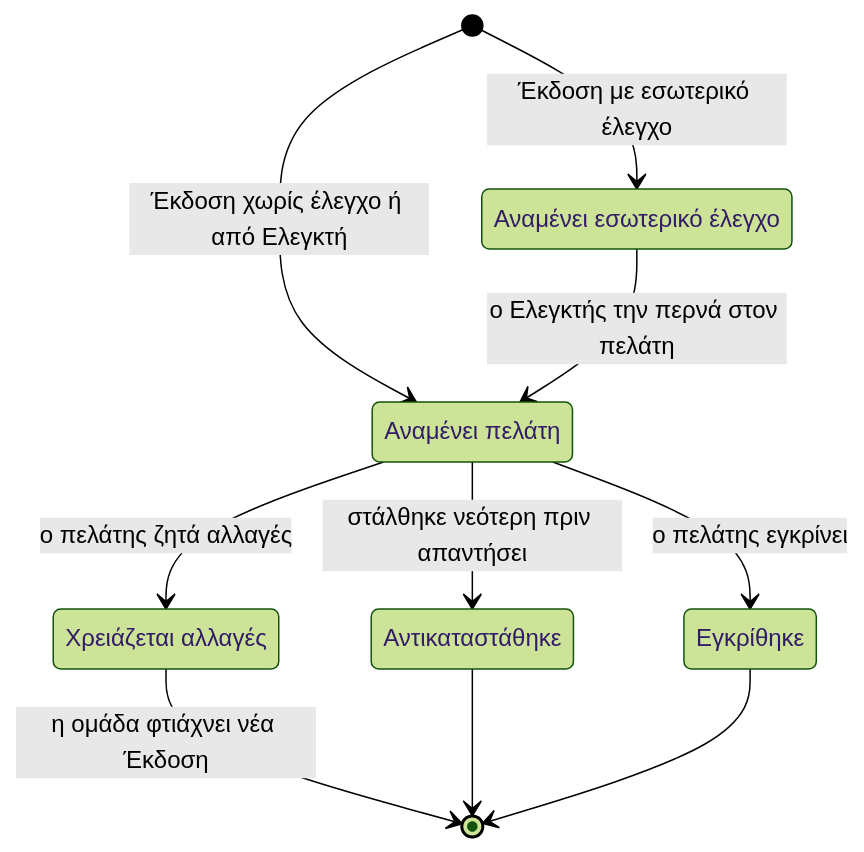
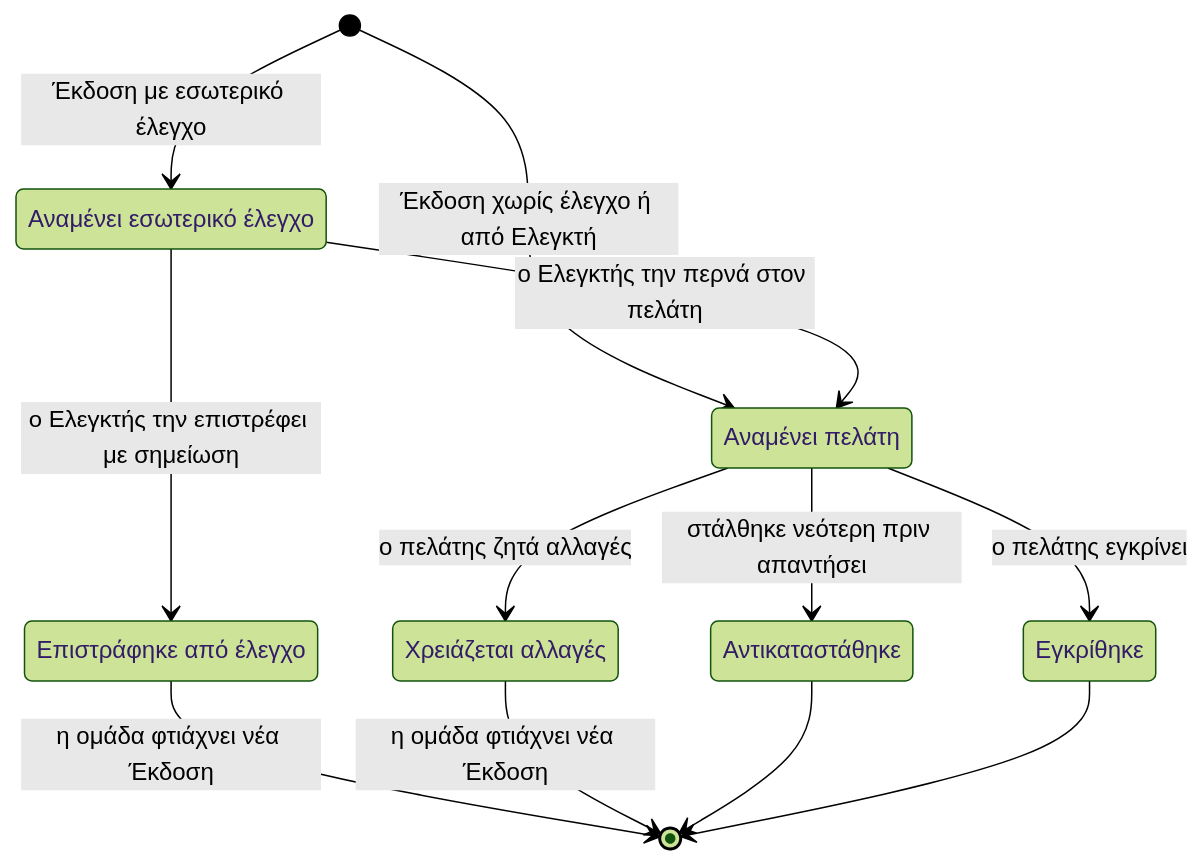
One commit to ntontischris/dmsfinal changed the diagram in docs/blueprint/03-processes/05-deliverables.md. Above: the diagram before and after it, drawn with Mermaid (forest theme). The commit also changed other lines of this file and 41 other files, not shown here.

````diff
--- a/docs/blueprint/03-processes/05-deliverables.md
+++ b/docs/blueprint/03-processes/05-deliverables.md
@@ -77,17 +77,20 @@
 ```mermaid
 stateDiagram-v2
     [*] --> Elegxos : Έκδοση με εσωτερικό έλεγχο
     [*] --> Pelatis : Έκδοση χωρίς έλεγχο ή από Ελεγκτή
     Elegxos --> Pelatis : ο Ελεγκτής την περνά στον πελάτη
+    Elegxos --> Epestrafi : ο Ελεγκτής την επιστρέφει με σημείωση
+    Epestrafi --> [*] : η ομάδα φτιάχνει νέα Έκδοση
     Pelatis --> Egkrithike : ο πελάτης εγκρίνει
     Pelatis --> Allages : ο πελάτης ζητά αλλαγές
     Pelatis --> Antikatastathike : στάλθηκε νεότερη πριν απαντήσει
     Allages --> [*] : η ομάδα φτιάχνει νέα Έκδοση
     Antikatastathike --> [*]
     Egkrithike --> [*]
     Elegxos : Αναμένει εσωτερικό έλεγχο
+    Epestrafi : Επιστράφηκε από έλεγχο
     Pelatis : Αναμένει πελάτη
     Egkrithike : Εγκρίθηκε
     Allages : Χρειάζεται αλλαγές
     Antikatastathike : Αντικαταστάθηκε
 ```
````
